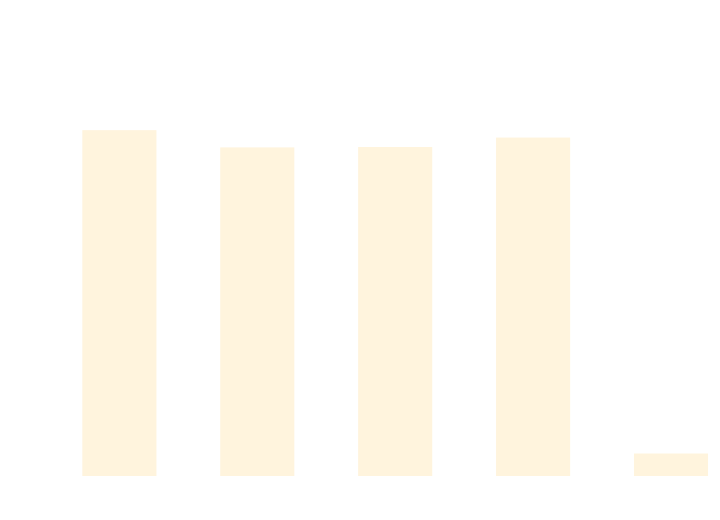
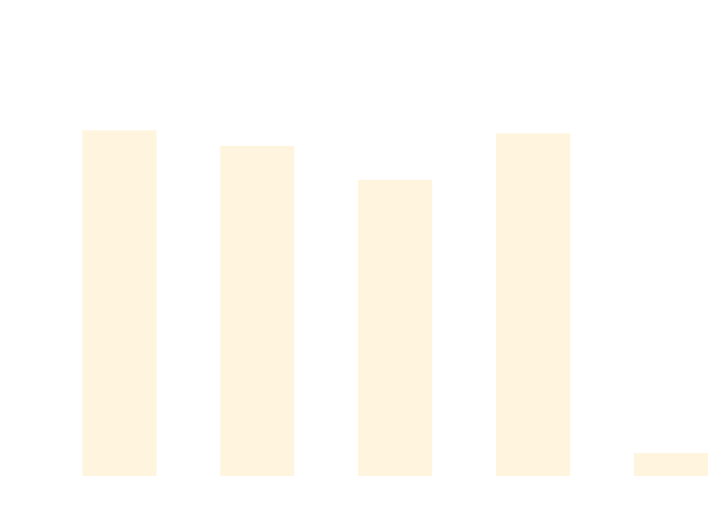
The diagram in docs/docs/benchmarks/DataDrivenTests.md (thomhurst/TUnit), drawn with Mermaid before and after one commit. The commit also changed other lines of this file and 17 other files, not shown here.

````diff
--- a/docs/docs/benchmarks/DataDrivenTests.md
+++ b/docs/docs/benchmarks/DataDrivenTests.md
@@ -27,37 +27,37 @@
 ```mermaid
 %%{init: {
   'theme':'base',
   'themeVariables': {
     'primaryColor': '#2563eb',
     'primaryTextColor': '#ffffff',
     'primaryBorderColor': '#1e40af',
     'lineColor': '#6b7280',
     'secondaryColor': '#7c3aed',
     'tertiaryColor': '#dc2626',
     'background': '#ffffff',
     'mainBkg': '#2563eb',
     'secondBkg': '#7c3aed',
     'tertiaryBkg': '#dc2626',
     'clusterBkg': '#f3f4f6',
     'edgeLabelBackground': '#ffffff',
     'tertiaryTextColor': '#1f2937',
     'pie1': '#2563eb',
     'pie2': '#7c3aed',
     'pie3': '#dc2626',
     'pie4': '#f59e0b',
     'pie5': '#10b981',
     'pie6': '#06b6d4',
     'pie7': '#ec4899',
     'pie8': '#6366f1',
     'pie9': '#84cc16',
     'pie10': '#f97316',
     'pie11': '#14b8a6',
     'pie12': '#a855f7'
   }
 }}%%
 xychart-beta
   title "DataDrivenTests Performance Comparison"
   x-axis ["TUnit", "NUnit", "MSTest", "xUnit3", "TUnit_AOT"]
-  y-axis "Time (ms)" 0 --> 724
-  bar [603.06, 572.23, 572.96, 589.79, 25]
+  y-axis "Time (ms)" 0 --> 696
+  bar [579.38, 552.71, 494.36, 574.18, 24.88]
 ```
````
